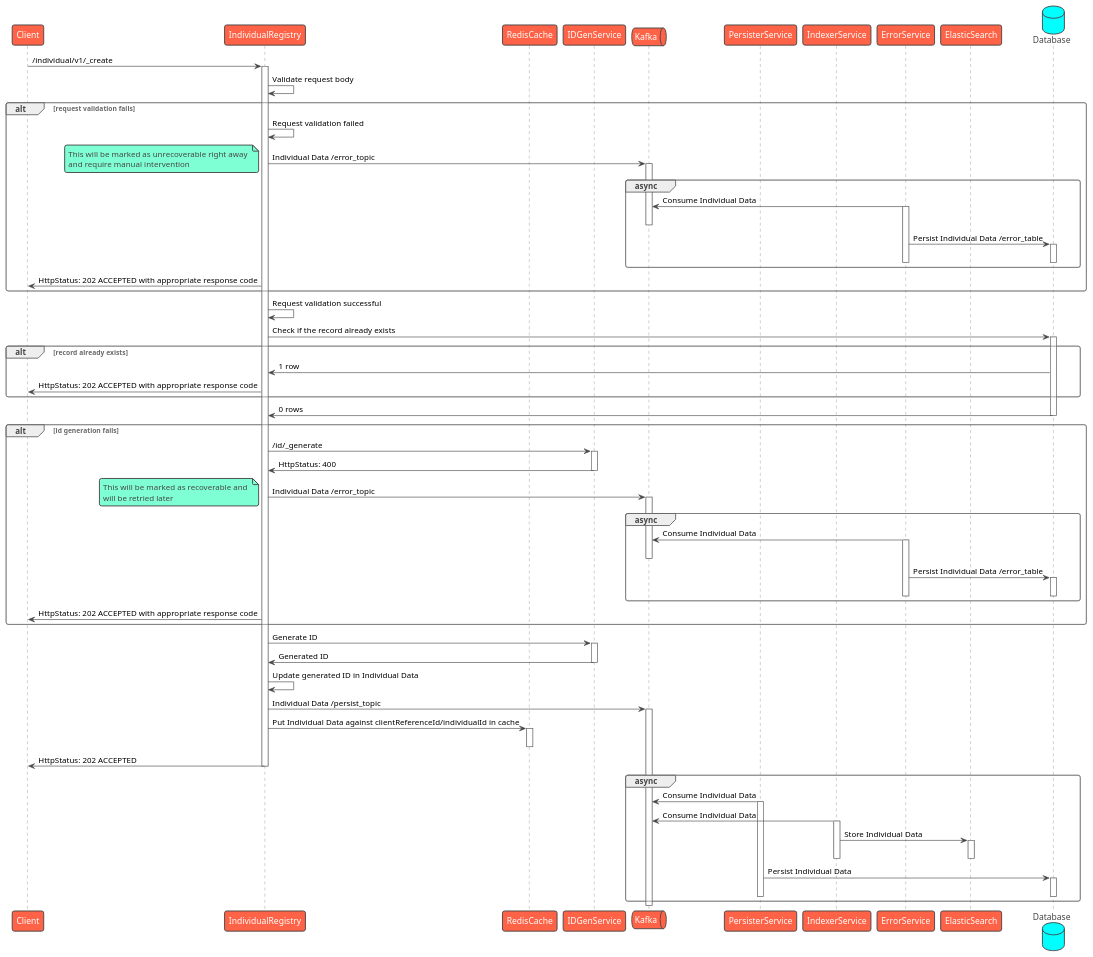
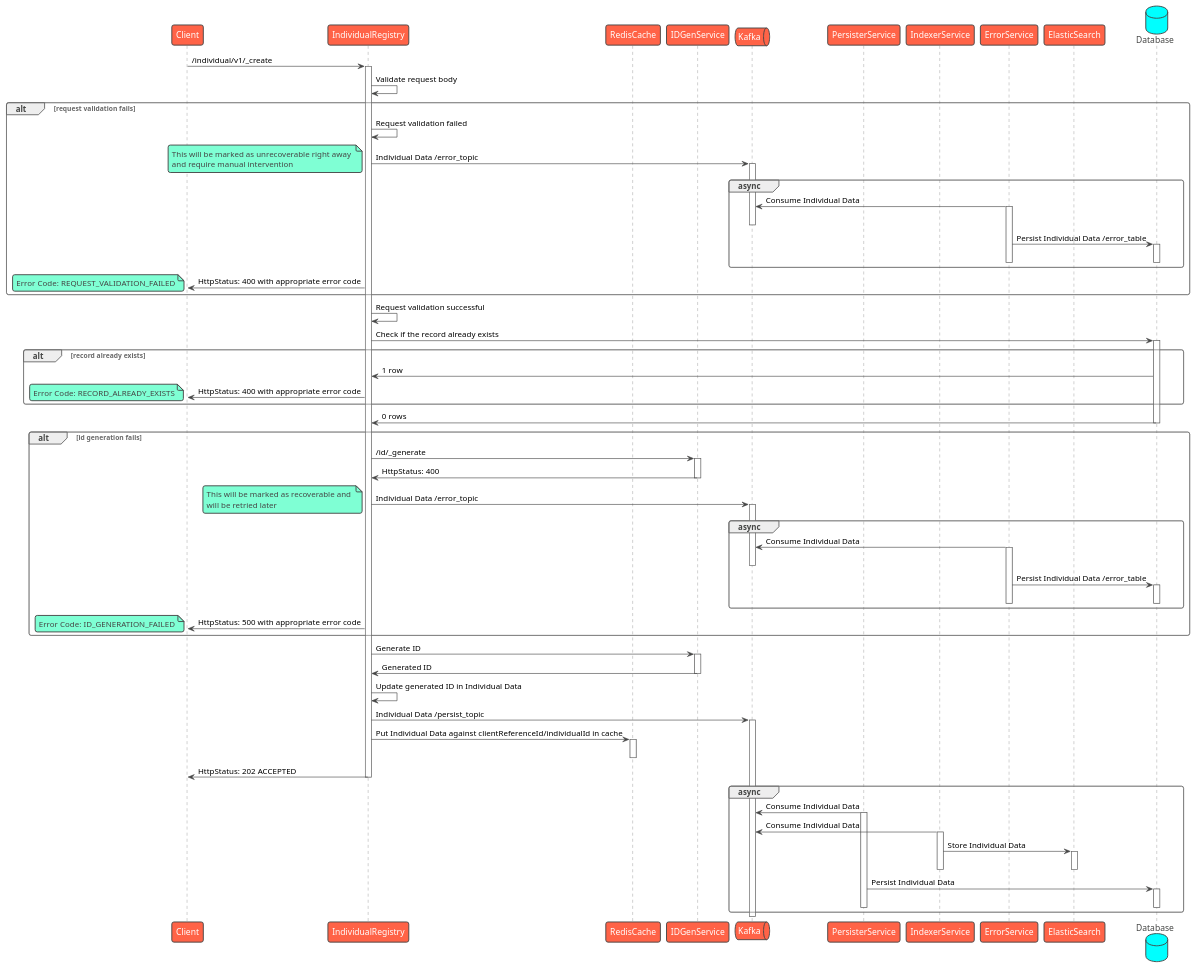
One commit to egovernments/health-api-specs changed the diagram in contracts/registries/individual/sequence/create.puml. Above: the diagram before and after it, drawn with PlantUML. The commit also changed 3 other files, not shown here.

Commit message:
Add ER diagrams for Individual Sequence diagram updates for Individual

```diff
--- a/contracts/registries/individual/sequence/create.puml
+++ b/contracts/registries/individual/sequence/create.puml
@@ -1,93 +1,102 @@
 @startuml Individual Registry - Create
 !theme vibrant
 participant Client as c
 participant IndividualRegistry as ir
 participant RedisCache as rc
 participant IDGenService as idgen
 queue Kafka as k
 participant PersisterService as prs
 participant IndexerService as idx
 participant ErrorService as es
 participant ElasticSearch as el
 database Database as db
 c -> ir : /individual/v1/_create
 activate ir
 ir -> ir: Validate request body
 alt request validation fails
     ir -> ir: Request validation failed
     ir -> k: Individual Data /error_topic
     note left
         This will be marked as unrecoverable right away 
         and require manual intervention
     end note
     activate k
     group async
         es -> k: Consume Individual Data
         activate es
         deactivate k
         es -> db: Persist Individual Data /error_table
         activate db
         deactivate db
         deactivate es
     end
-    ir -> c: HttpStatus: 202 ACCEPTED with appropriate response code
+    ir -> c: HttpStatus: 400 with appropriate error code
+    note left
+      Error Code: REQUEST_VALIDATION_FAILED
+    end note
 end
 ir -> ir: Request validation successful
 ir -> db: Check if the record already exists
 alt record already exists
     activate db
     db -> ir: 1 row
-    ir -> c: HttpStatus: 202 ACCEPTED with appropriate response code
+    ir -> c: HttpStatus: 400 with appropriate error code
+    note left
+      Error Code: RECORD_ALREADY_EXISTS
+    end note
 end
 db -> ir: 0 rows
 deactivate db
 alt id generation fails
     ir -> idgen: /id/_generate
     activate idgen
     idgen -> ir: HttpStatus: 400
     deactivate idgen
     ir -> k: Individual Data /error_topic
     note left
         This will be marked as recoverable and 
         will be retried later
     end note
     activate k
     group async
         es -> k: Consume Individual Data
         activate es
         deactivate k
         es -> db: Persist Individual Data /error_table
         activate db
         deactivate db
         deactivate es
     end
-    ir -> c: HttpStatus: 202 ACCEPTED with appropriate response code
+    ir -> c: HttpStatus: 500 with appropriate error code
+    note left
+      Error Code: ID_GENERATION_FAILED
+    end note
 end
 ir -> idgen: Generate ID
 activate idgen
 idgen -> ir: Generated ID
 deactivate idgen
 ir -> ir: Update generated ID in Individual Data
 ir -> k: Individual Data /persist_topic
 activate k
 ir -> rc: Put Individual Data against clientReferenceId/individualId in cache
 activate rc
 deactivate rc
 ir -> c: HttpStatus: 202 ACCEPTED
 deactivate ir
 group async
     prs -> k: Consume Individual Data
     activate prs
     idx -> k: Consume Individual Data
     activate idx
     idx -> el: Store Individual Data
     activate el
     deactivate el
     deactivate idx
     prs -> db: Persist Individual Data
     activate db
     deactivate db
     deactivate prs
 end
 deactivate k
 @enduml
```
